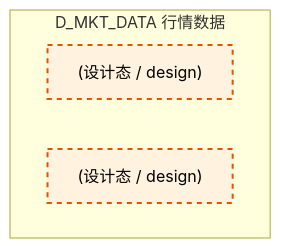
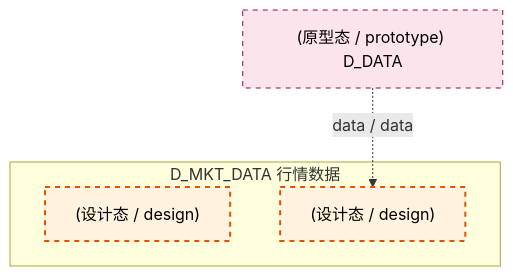
The second of 4 diagrams in docs/02_enterprise_architecture/02_domain_architecture_docs/20_d_mkt_data.md (xuanFelixVan/ZephyrAlpha), drawn with Mermaid before and after one commit. The commit also changed other lines of this file and 87 other files, not shown here.

````diff
--- a/docs/02_enterprise_architecture/02_domain_architecture_docs/20_d_mkt_data.md
+++ b/docs/02_enterprise_architecture/02_domain_architecture_docs/20_d_mkt_data.md
@@ -104,12 +107,15 @@
 ```mermaid
 graph TD
     subgraph D_MKT_DATA["D_MKT_DATA 行情数据"]
         docs_03_modules_cross_layer_database_sub_blueprints_c1_market_clickhouse_md["(设计态 / design) "]
         docs_03_modules_domain_data_data_source_operation_manual_md["(设计态 / design) "]
     end
+    D_DATA["(原型态 / prototype) D_DATA"]
+    D_DATA -.->|data / data| docs_03_modules_domain_data_data_source_operation_manual_md
     classDef production fill:#e1f5fe,stroke:#01579b,stroke-width:2px,color:#000
     classDef design fill:#fff3e0,stroke:#e65100,stroke-width:2px,color:#000,stroke-dasharray: 5 5
     classDef external_prod fill:#e8f5e9,stroke:#1b5e20,stroke-width:1px,color:#000
     classDef external_design fill:#fce4ec,stroke:#880e4f,stroke-width:1px,color:#000,stroke-dasharray: 5 5
     class docs_03_modules_cross_layer_database_sub_blueprints_c1_market_clickhouse_md,docs_03_modules_domain_data_data_source_operation_manual_md design
+    class D_DATA external_design
 ```
````
